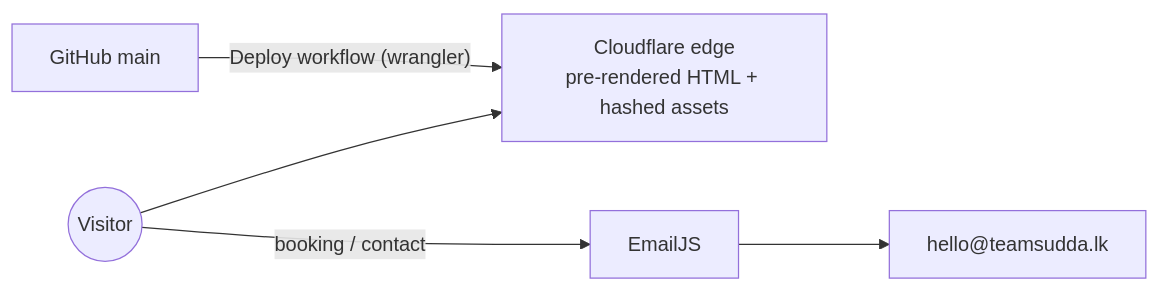
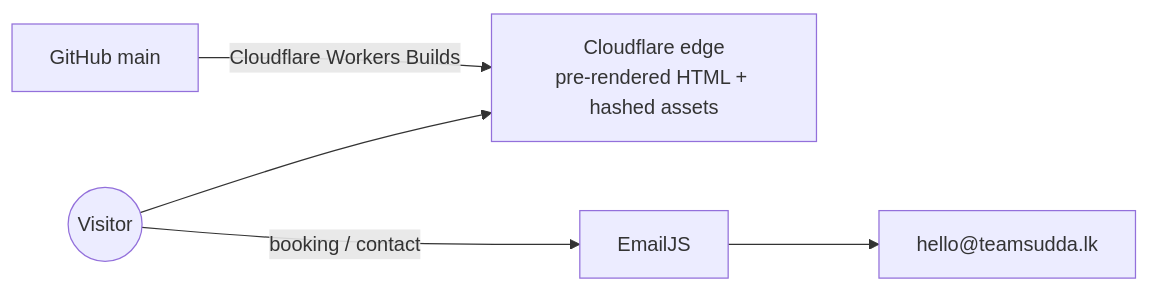
One commit to saadmaz/Team-Sudda changed the first of 2 diagrams in README.md. Above: the diagram before and after it, drawn with Mermaid. The commit also changed other lines of this file and 4 other files, not shown here.

First line of the commit message:
chore(deploy): deploy through Cloudflare Workers Builds

````diff
--- a/README.md
+++ b/README.md
@@ -87,6 +87,6 @@
 ```mermaid
 flowchart LR
   Visitor((Visitor)) --> CF["Cloudflare edge<br/>pre-rendered HTML + hashed assets"]
   Visitor -- booking / contact --> EmailJS["EmailJS"] --> Inbox["hello@teamsudda.lk"]
-  Repo["GitHub main"] -- Deploy workflow (wrangler) --> CF
+  Repo["GitHub main"] -- Cloudflare Workers Builds --> CF
 ```
````
